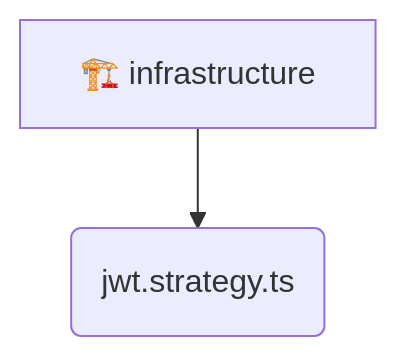
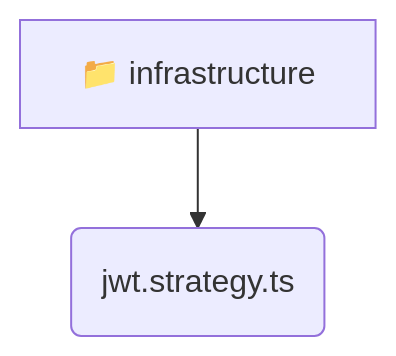
Before and after one commit to beginwebdev2002/fullstack-mavluda: the diagram in backend/src/modules/auth/infrastructure/README.md, drawn with Mermaid. The commit also changed other lines of this file and 155 other files, not shown here.

````diff
--- a/backend/src/modules/auth/infrastructure/README.md
+++ b/backend/src/modules/auth/infrastructure/README.md
@@ -9,5 +9,5 @@
 ```mermaid
 graph TD
-  infrastructure[🏗️ infrastructure]
-  infrastructure --> jwt_strategy_ts(jwt.strategy.ts)
+  infrastructure[📁 infrastructure]
+  infrastructure --> infrastructure_jwt_strategy_ts(jwt.strategy.ts)
 ```
````
